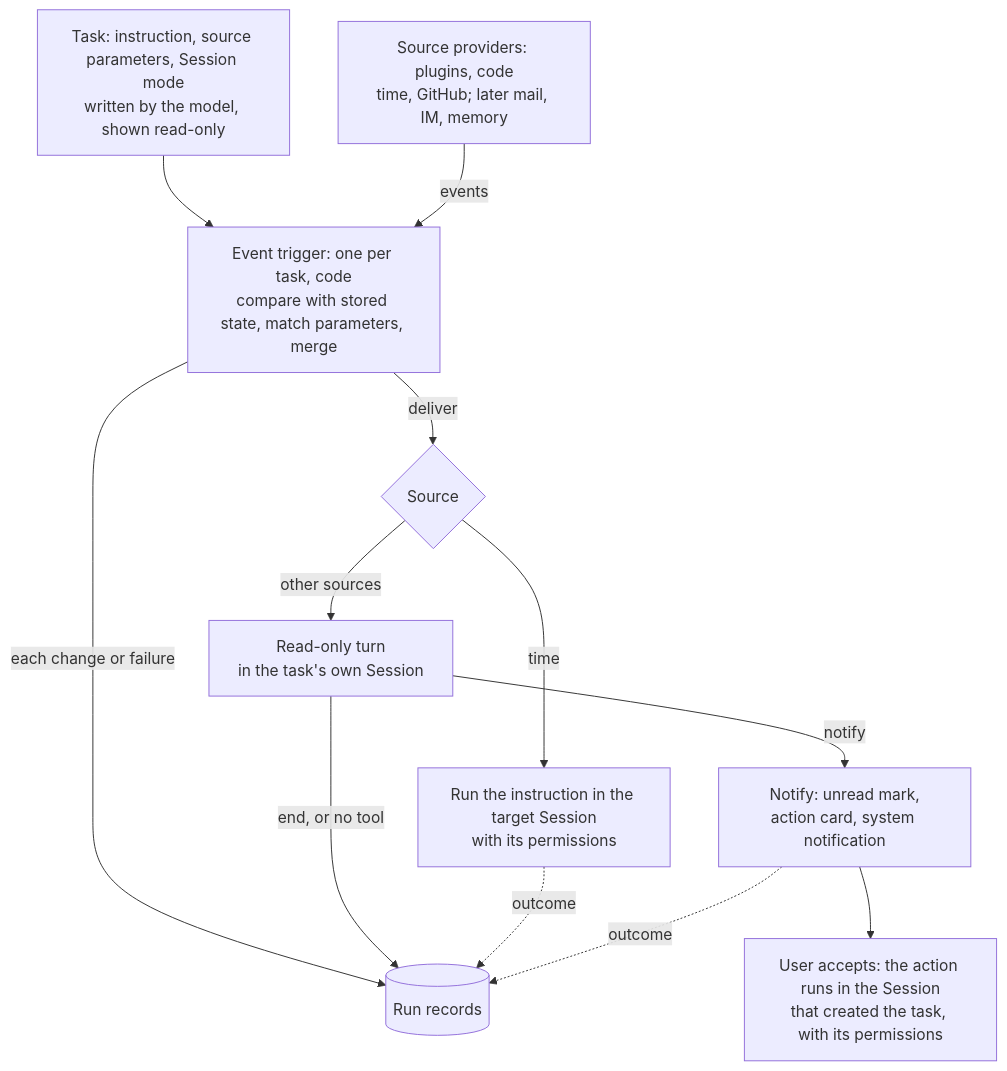
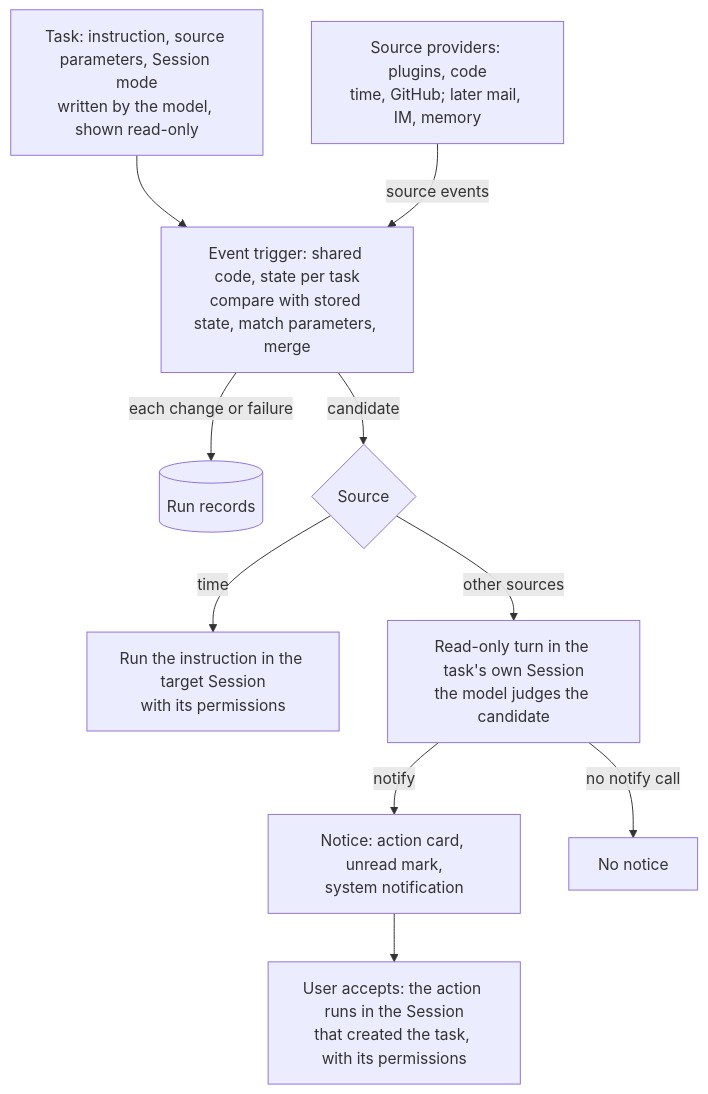
The diagram in .agents/notes/proposed/feature/2026-10-29-event-triggered-automation-tasks.md (11350613/deepseek-harness), drawn with Mermaid before and after one commit. The commit also changed other lines of this file and 2 other files, not shown here.

Commit message:
docs(automation): deliver candidates and drop the end tool

````diff
--- a/.agents/notes/proposed/feature/2026-10-29-event-triggered-automation-tasks.md
+++ b/.agents/notes/proposed/feature/2026-10-29-event-triggered-automation-tasks.md
@@ -20,23 +20,22 @@
 ```mermaid
 flowchart TD
   Task["Task: instruction, source parameters, Session mode<br/>written by the model, shown read-only"]
   Prov["Source providers: plugins, code<br/>time, GitHub; later mail, IM, memory"]
-  Trig["Event trigger: one per task, code<br/>compare with stored state, match parameters, merge"]
+  Trig["Event trigger: shared code, state per task<br/>compare with stored state, match parameters, merge"]
   Rec[("Run records")]
   Src{"Source"}
   Exec["Run the instruction in the target Session<br/>with its permissions"]
-  RO["Read-only turn<br/>in the task's own Session"]
-  Note["Notify: unread mark,<br/>action card, system notification"]
+  RO["Read-only turn in the task's own Session<br/>the model judges the candidate"]
+  Note["Notice: action card, unread mark,<br/>system notification"]
+  Quiet["No notice"]
   Acc["User accepts: the action runs in the Session<br/>that created the task, with its permissions"]
   Task --> Trig
-  Prov -- events --> Trig
+  Prov -- "source events" --> Trig
   Trig -- "each change or failure" --> Rec
-  Trig -- deliver --> Src
+  Trig -- candidate --> Src
   Src -- time --> Exec
   Src -- "other sources" --> RO
   RO -- notify --> Note
+  RO -- "no notify call" --> Quiet
   Note --> Acc
-  RO -- "end, or no tool" --> Rec
-  Exec -. outcome .-> Rec
-  Note -. outcome .-> Rec
 ```
````
